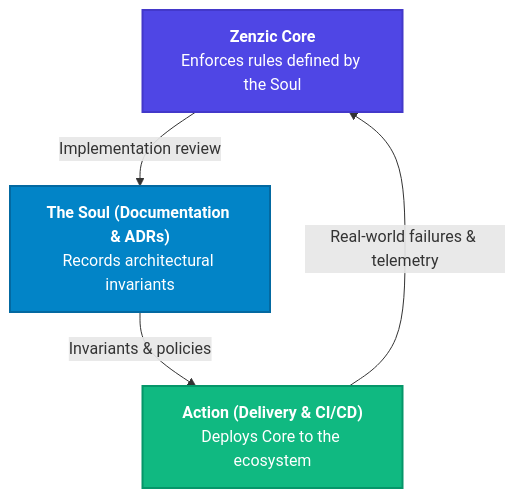
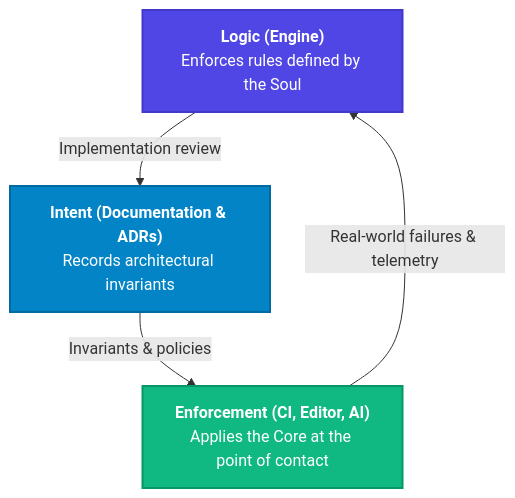
The diagram in docs/explanation/the-zenzic-trinity.md (PythonWoods-Dev/zenzic), drawn with Mermaid before and after one commit. The commit also changed other lines of this file and 8 other files, not shown here.

````diff
--- a/docs/explanation/the-zenzic-trinity.md
+++ b/docs/explanation/the-zenzic-trinity.md
@@ -93,10 +124,10 @@
 ```mermaid
 flowchart TD
-    Core["<b>Zenzic Core</b><br>Enforces rules defined by the Soul"] -->|"Implementation review"| Soul["<b>The Soul (Documentation & ADRs)</b><br>Records architectural invariants"]
-    Soul -->|"Invariants & policies"| Action["<b>Action (Delivery & CI/CD)</b><br>Deploys Core to the ecosystem"]
+    Core["<b>Logic (Engine)</b><br>Enforces rules defined by the Soul"] -->|"Implementation review"| Soul["<b>Intent (Documentation & ADRs)</b><br>Records architectural invariants"]
+    Soul -->|"Invariants & policies"| Action["<b>Enforcement (CI, Editor, AI)</b><br>Applies the Core at the point of contact"]
     Action -->|"Real-world failures & telemetry"| Core
 
     style Core fill:#4f46e5,stroke:#4338ca,color:#ffffff,stroke-width:2px
     style Soul fill:#0284c7,stroke:#0369a1,color:#ffffff,stroke-width:2px
     style Action fill:#10b981,stroke:#059669,color:#ffffff,stroke-width:2px
 ```
````
